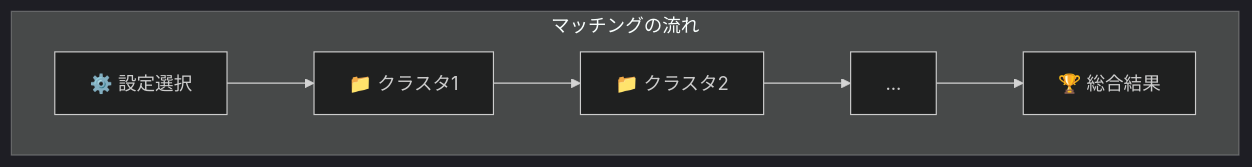
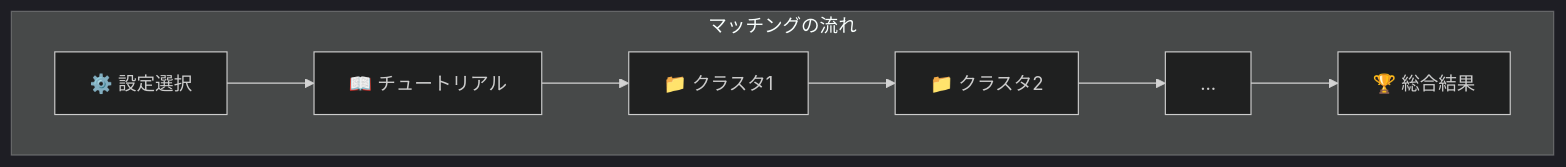
The third of 4 diagrams in docs/USER_GUIDE.md (Furuta-Mototada/candidate-match), drawn with Mermaid (dark theme) before and after one commit. The commit also changed other lines of this file and 10 other files, not shown here.

````diff
--- a/docs/USER_GUIDE.md
+++ b/docs/USER_GUIDE.md
@@ -65,9 +81,10 @@
 ```mermaid
 flowchart TB
     subgraph flow["マッチングの流れ"]
-        A["⚙️ 設定選択"] --> B["📁 クラスタ1"]
+        A["⚙️ 設定選択"] --> T["📖 チュートリアル"]
+        T --> B["📁 クラスタ1"]
         B --> C["📁 クラスタ2"]
         C --> D["..."]
         D --> E["🏆 総合結果"]
     end
 ```
````
